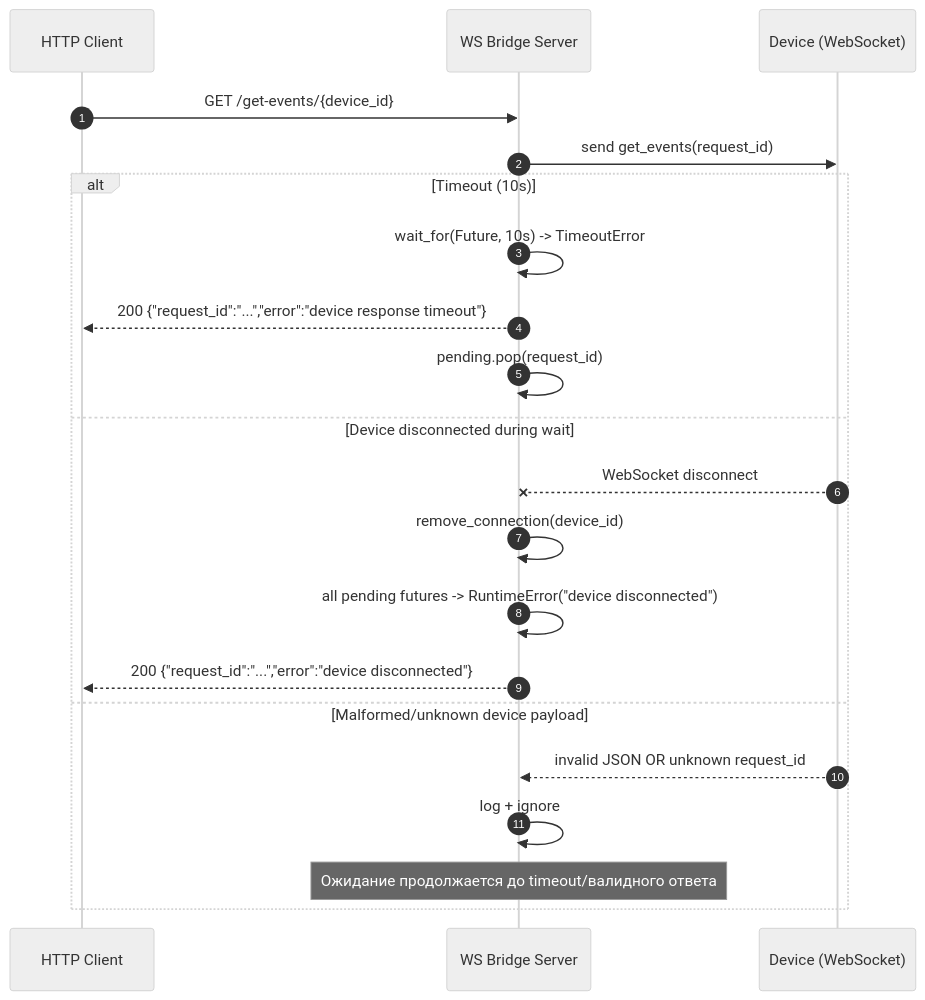
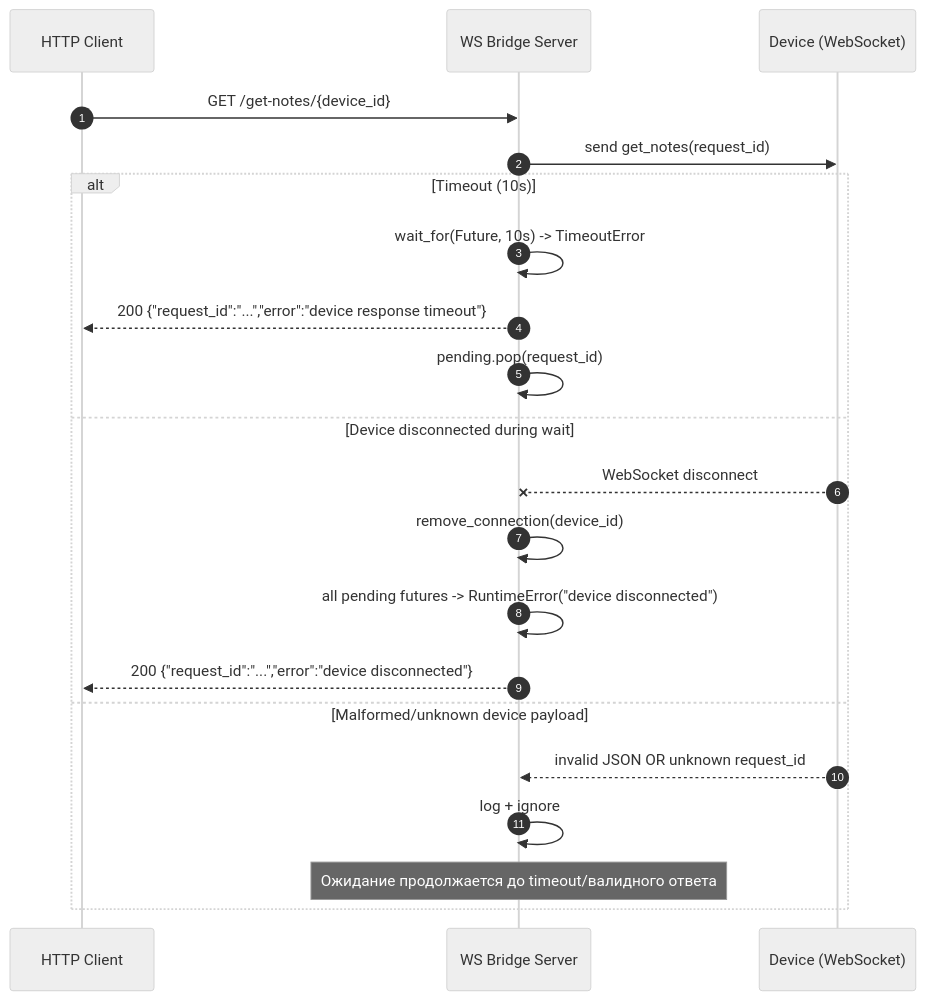
The second of 2 diagrams in documentation/ws_bridge_server_sequence.md (Alex-od/business_calendar), drawn with Mermaid (neutral theme) before and after one commit. The commit also changed other lines of this file and 44 other files, not shown here.

````diff
--- a/documentation/ws_bridge_server_sequence.md
+++ b/documentation/ws_bridge_server_sequence.md
@@ -30,25 +30,25 @@
 ```mermaid
 sequenceDiagram
     autonumber
     participant C as HTTP Client
     participant S as WS Bridge Server
     participant D as Device (WebSocket)
 
-    C->>S: GET /get-events/{device_id}
-    S->>D: send get_events(request_id)
+    C->>S: GET /get-notes/{device_id}
+    S->>D: send get_notes(request_id)
 
     alt Timeout (10s)
         S->>S: wait_for(Future, 10s) -> TimeoutError
         S-->>C: 200 {"request_id":"...","error":"device response timeout"}
         S->>S: pending.pop(request_id)
     else Device disconnected during wait
         D--xS: WebSocket disconnect
         S->>S: remove_connection(device_id)
         S->>S: all pending futures -> RuntimeError("device disconnected")
         S-->>C: 200 {"request_id":"...","error":"device disconnected"}
     else Malformed/unknown device payload
         D-->>S: invalid JSON OR unknown request_id
         S->>S: log + ignore
         Note over S: Ожидание продолжается до timeout/валидного ответа
     end
 ```
````
